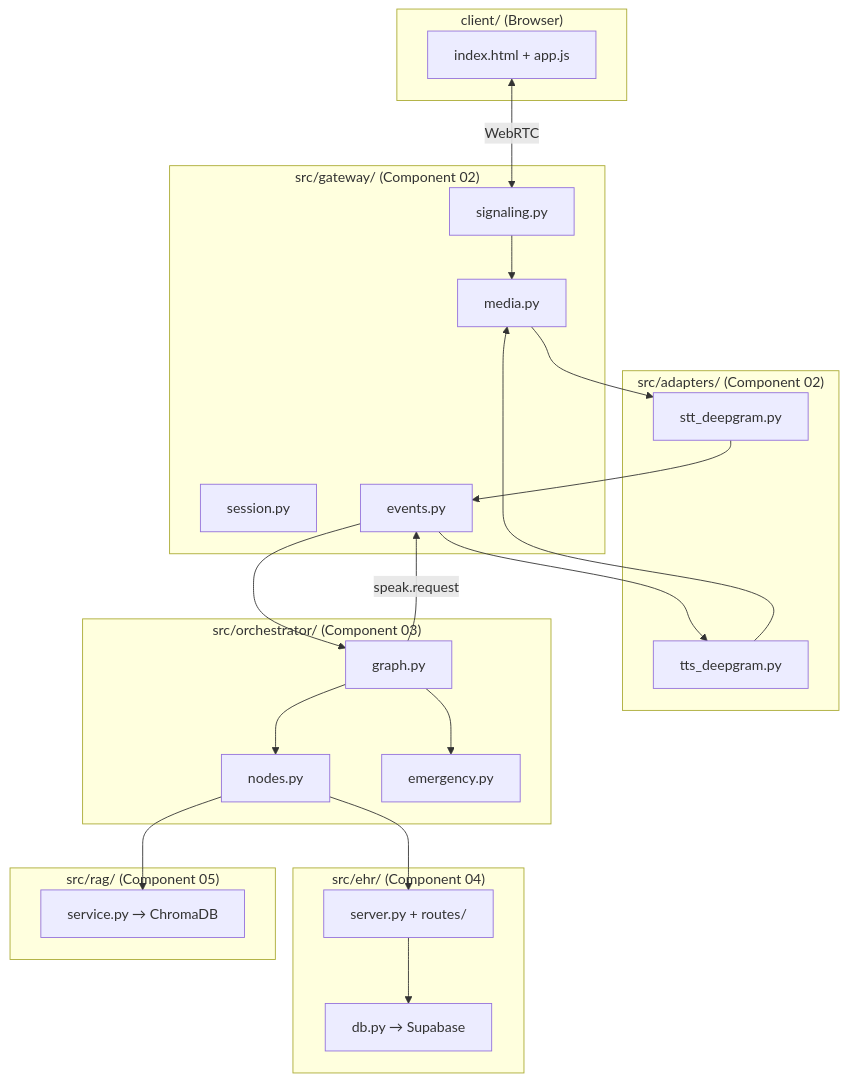
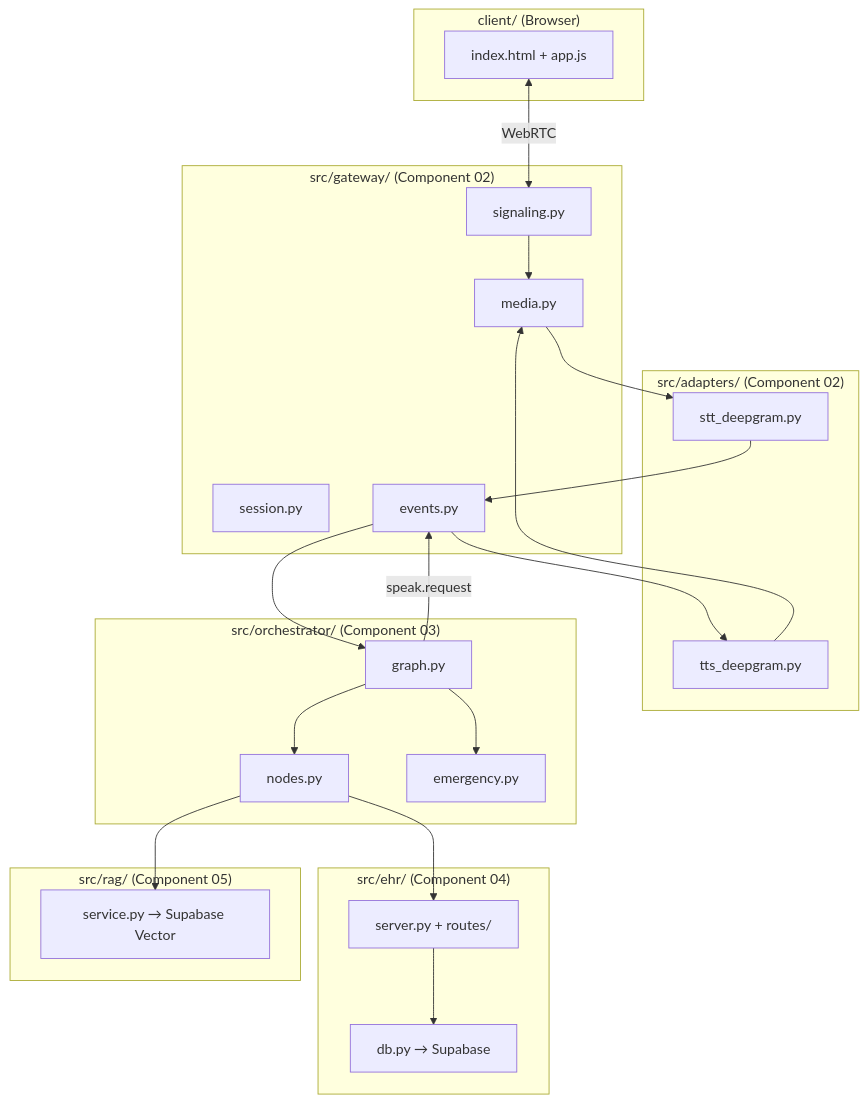
The diagram in implementation_plan.md (HamzaFayaz/MedCall-AI), drawn with Mermaid before and after one commit. The commit also changed other lines of this file and 1 other file, not shown here.

Commit message:
Add the cards for the Rag conponent

````diff
--- a/implementation_plan.md
+++ b/implementation_plan.md
@@ -100,47 +100,47 @@
 ```mermaid
 flowchart TB
     subgraph client["client/ (Browser)"]
         HTML["index.html + app.js"]
     end
 
     subgraph gateway["src/gateway/ (Component 02)"]
         SIG["signaling.py"]
         MED["media.py"]
         SESS["session.py"]
         EVT["events.py"]
     end
 
     subgraph adapters["src/adapters/ (Component 02)"]
         STT["stt_deepgram.py"]
         TTS["tts_deepgram.py"]
     end
 
     subgraph orch["src/orchestrator/ (Component 03)"]
         GRAPH["graph.py"]
         NODES["nodes.py"]
         EMRG["emergency.py"]
     end
 
     subgraph ehr["src/ehr/ (Component 04)"]
         API["server.py + routes/"]
         DB["db.py → Supabase"]
     end
 
     subgraph rag["src/rag/ (Component 05)"]
-        RAG["service.py → ChromaDB"]
+        RAG["service.py → Supabase Vector"]
     end
 
     HTML <-->|"WebRTC"| SIG
     SIG --> MED
     MED --> STT
     TTS --> MED
     STT --> EVT
     EVT --> GRAPH
     GRAPH --> EMRG
     GRAPH --> NODES
     NODES --> API
     NODES --> RAG
     GRAPH -->|"speak.request"| EVT
     EVT --> TTS
     API --> DB
 ```
````
